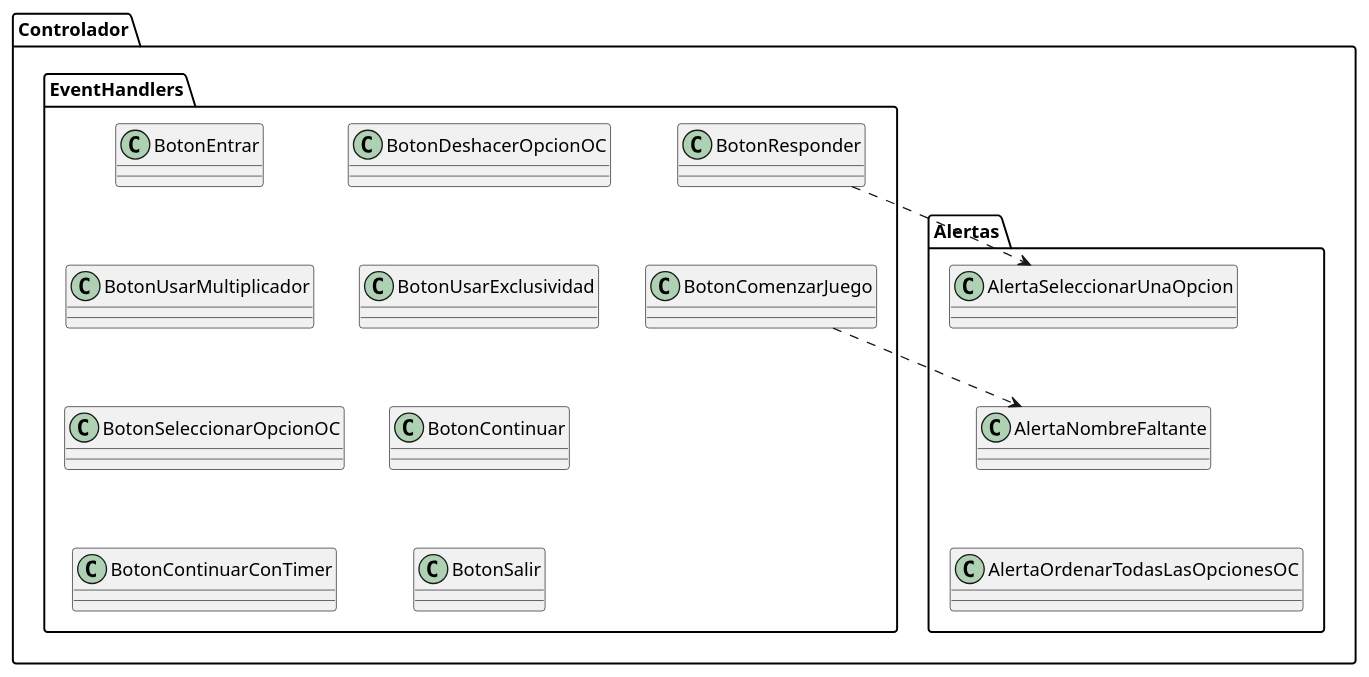
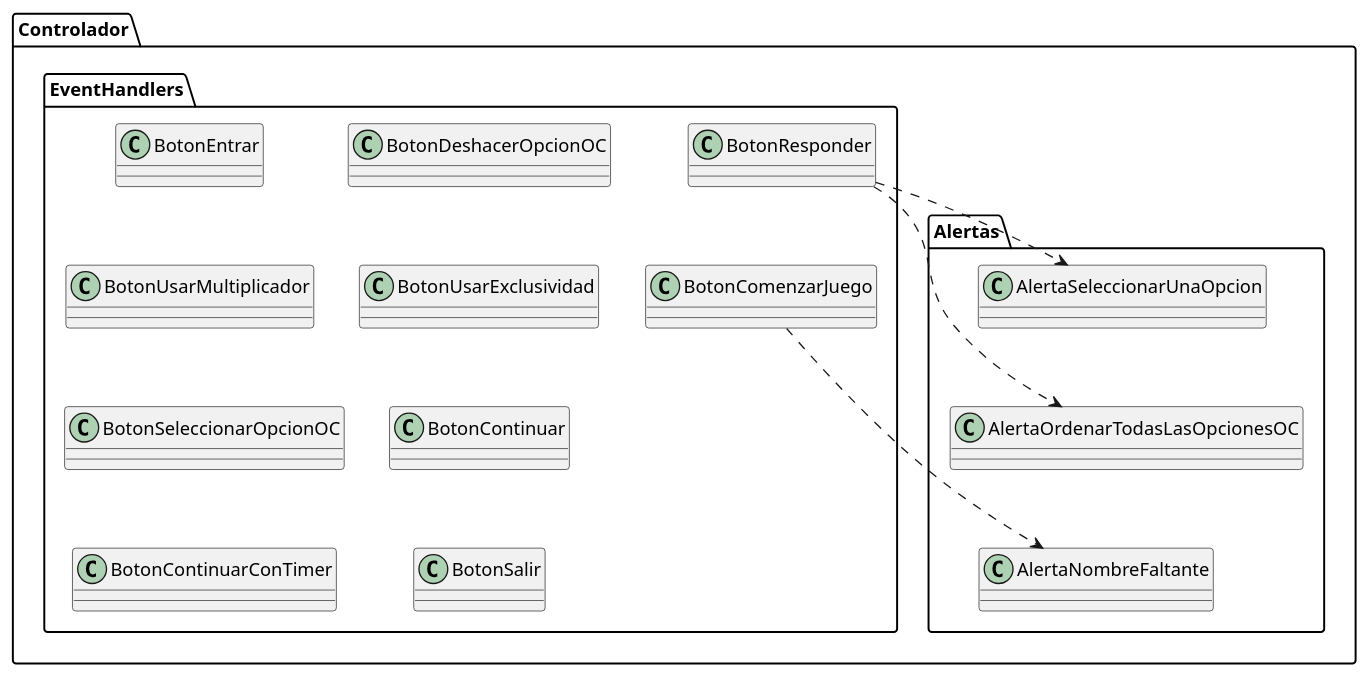
Before and after one commit to gcc-cdimatteo/Algoritmos-y-Programacion-III-75.07: the diagram in Documentacion/Diagramas de Clases/Diagrama de Clases Controladores.puml, drawn with PlantUML. The commit also changed 4 other files, not shown here.

Commit message:
uml: listo diagramas de clase

```diff
--- a/Documentacion/Diagramas de Clases/Diagrama de Clases Controladores.puml
+++ b/Documentacion/Diagramas de Clases/Diagrama de Clases Controladores.puml
@@ -1,52 +1,54 @@
 @startuml
 skinparam classAttributeIconSize 0
 
 package Controlador {
 
     package Alertas {
         class AlertaNombreFaltante
         class AlertaOrdenarTodasLasOpcionesOC
         class AlertaSeleccionarUnaOpcion
     }
 
     package EventHandlers {
         class BotonComenzarJuego
         class BotonContinuar
         class BotonContinuarConTimer
         class BotonDeshacerOpcionOC
         class BotonEntrar
         class BotonResponder
         class BotonSalir
         class BotonSeleccionarOpcionOC
         class BotonUsarExclusividad
         class BotonUsarMultiplicador
     }
 
 }
 
 'Ordenamiento De Cuadrados
-AlertaOrdenarTodasLasOpcionesOC -up[hidden]-> AlertaNombreFaltante
-AlertaNombreFaltante -up[hidden]-> AlertaSeleccionarUnaOpcion
+AlertaNombreFaltante -up[hidden]-> AlertaOrdenarTodasLasOpcionesOC
+AlertaOrdenarTodasLasOpcionesOC -up[hidden]-> AlertaSeleccionarUnaOpcion
 BotonContinuar -[hidden]-> BotonSalir
 BotonDeshacerOpcionOC -[hidden]-> BotonUsarExclusividad
 BotonEntrar -[hidden]-> BotonUsarMultiplicador
 BotonUsarMultiplicador -[hidden]-> BotonSeleccionarOpcionOC
 BotonUsarExclusividad -[hidden]-> BotonContinuar
 BotonResponder -[hidden]-> BotonComenzarJuego
+
 BotonSeleccionarOpcionOC -[hidden]-> BotonContinuarConTimer
 
 'Herencia --|> cumple la relación 'es un'
 
 'Asociacion --> un objeto guarda a otro
 
 'Agregacion --o un objeto esta compuesto por otro pero no lo necesita para vivir
 
 'Composicion --* un objeto es dueño de otro
 
 'Dependencia ..> un objeto utiliza a otro porque lo recibe/devuelve
 BotonComenzarJuego .right.> AlertaNombreFaltante
-BotonResponder ..> AlertaSeleccionarUnaOpcion
+BotonResponder .down.> AlertaSeleccionarUnaOpcion
+BotonResponder .right.> AlertaOrdenarTodasLasOpcionesOC
 
 'Interfaces ..|> colección de declaraciones de métodos sin implemetnar
 
 @enduml
```
